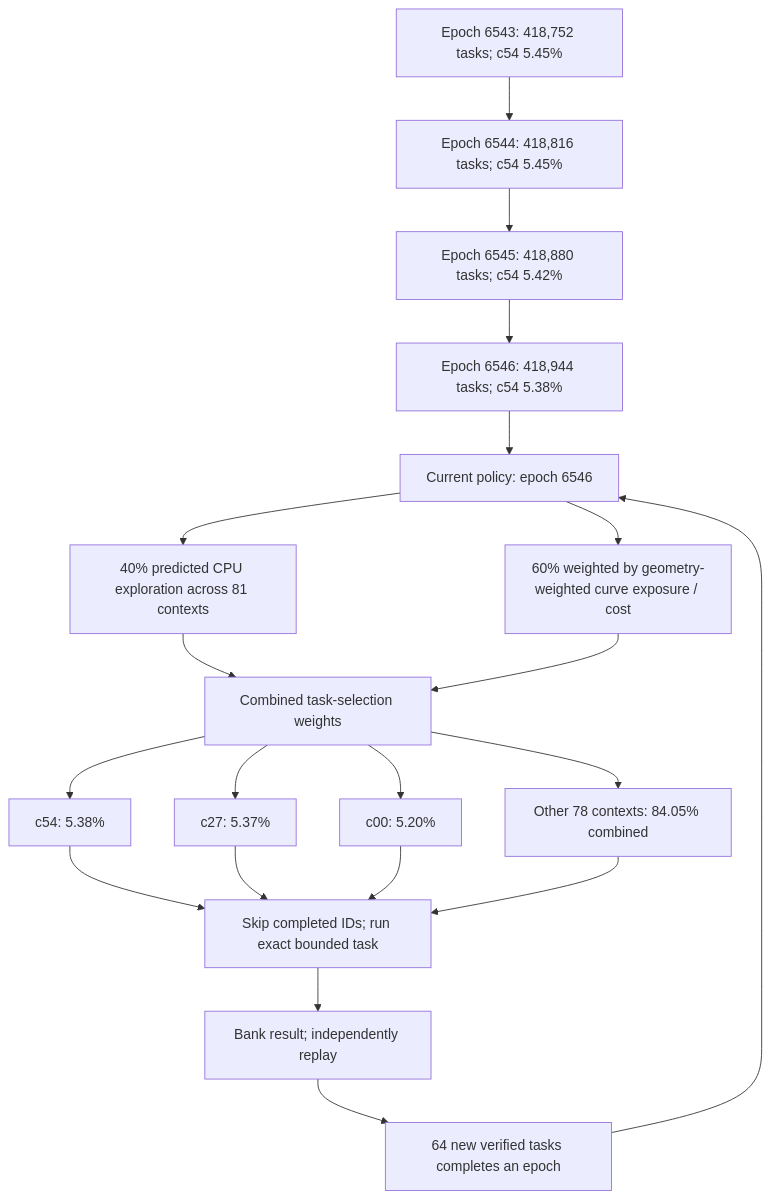
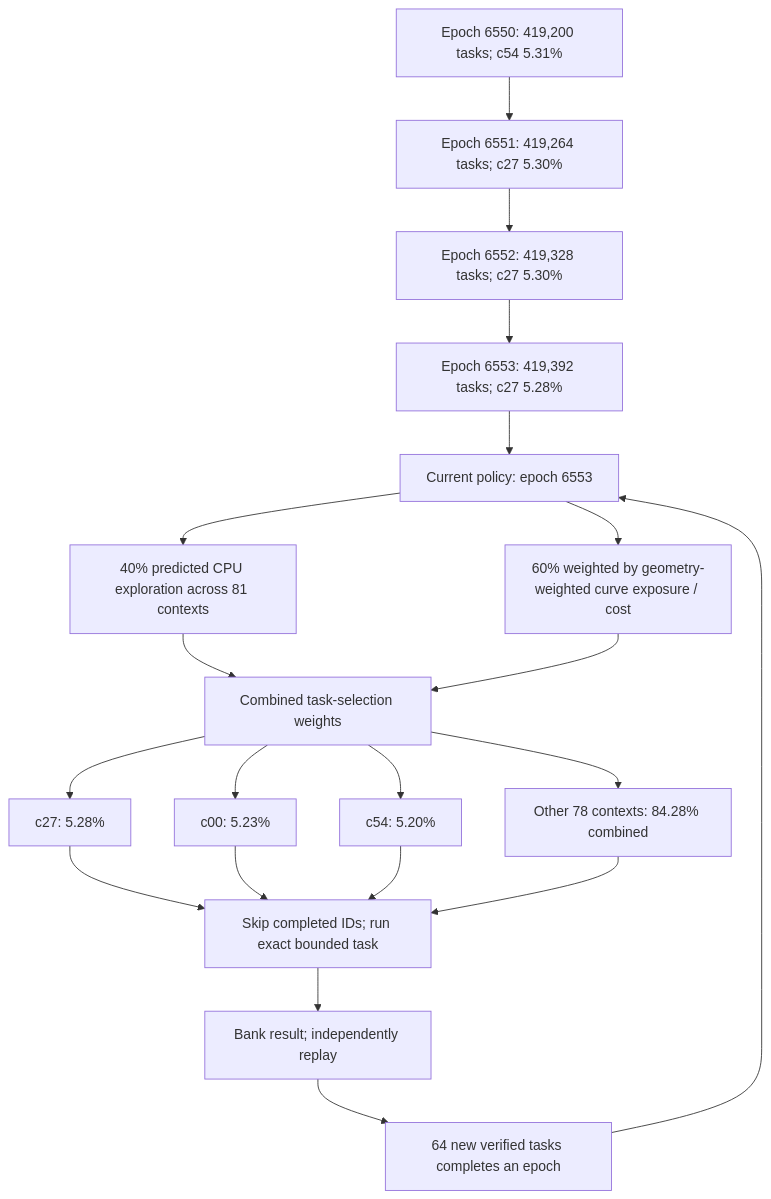
The first of 4 diagrams in README.md (Kuberwastaken/math-gambling), drawn with Mermaid before and after one commit. The commit also changed other lines of this file and 1545 other files, not shown here.

````diff
--- a/README.md
+++ b/README.md
@@ -60,27 +60,27 @@
 ```mermaid
 flowchart TD
-    H0["Epoch 6543: 418,752 tasks; c54 5.45%"]
-    H1["Epoch 6544: 418,816 tasks; c54 5.45%"]
+    H0["Epoch 6550: 419,200 tasks; c54 5.31%"]
+    H1["Epoch 6551: 419,264 tasks; c27 5.30%"]
     H0 --> H1
-    H2["Epoch 6545: 418,880 tasks; c54 5.42%"]
+    H2["Epoch 6552: 419,328 tasks; c27 5.30%"]
     H1 --> H2
-    H3["Epoch 6546: 418,944 tasks; c54 5.38%"]
+    H3["Epoch 6553: 419,392 tasks; c27 5.28%"]
     H2 --> H3
-    Policy["Current policy: epoch 6546"]
+    Policy["Current policy: epoch 6553"]
     H3 --> Policy
     Policy --> Explore["40% predicted CPU exploration across 81 contexts"]
     Policy --> Cost["60% weighted by geometry-weighted curve exposure / cost"]
     Explore --> Mix["Combined task-selection weights"]
     Cost --> Mix
-    Mix --> C0["c54: 5.38%"]
-    Mix --> C1["c27: 5.37%"]
-    Mix --> C2["c00: 5.20%"]
-    Mix --> Rest["Other 78 contexts: 84.05% combined"]
+    Mix --> C0["c27: 5.28%"]
+    Mix --> C1["c00: 5.23%"]
+    Mix --> C2["c54: 5.20%"]
+    Mix --> Rest["Other 78 contexts: 84.28% combined"]
     C0 --> Check["Skip completed IDs; run exact bounded task"]
     C1 --> Check
     C2 --> Check
     Rest --> Check
     Check --> Replay["Bank result; independently replay"]
     Replay --> Gate["64 new verified tasks completes an epoch"]
     Gate --> Policy
 ```
````
